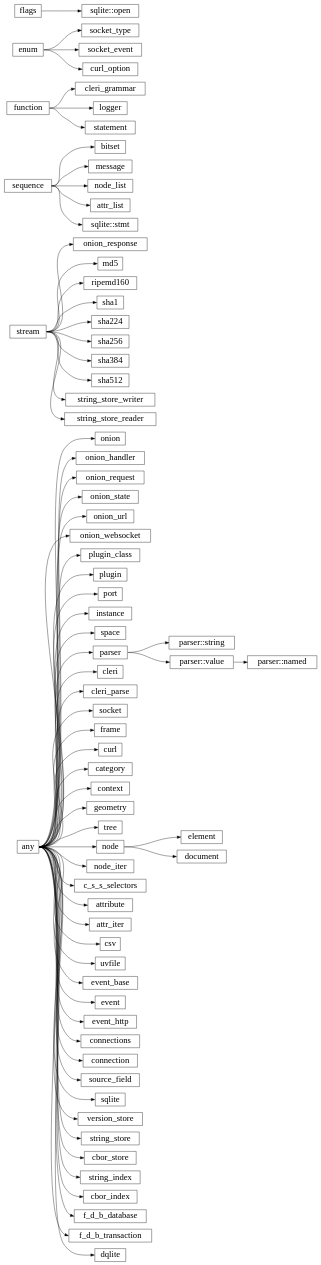
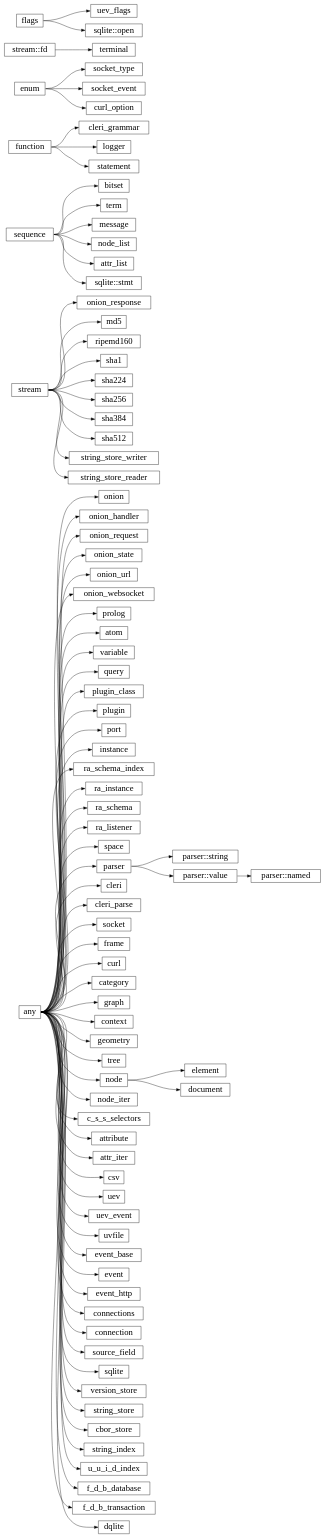
Before and after one commit to wrapl/minilang-libs: the diagram in docs/library/hierarchy.rst, drawn with Graphviz. The commit also changed 2 other files, not shown here.

```diff
--- a/docs/library/hierarchy.rst
+++ b/docs/library/hierarchy.rst
@@ -20,10 +20,19 @@
       "any":e -> "onion_url":w;
       "any":e -> "onion_websocket":w;
       "sequence":e -> "bitset":w;
+      "any":e -> "prolog":w;
+      "sequence":e -> "term":w;
+      "any":e -> "atom":w;
+      "any":e -> "variable":w;
+      "any":e -> "query":w;
       "any":e -> "plugin_class":w;
       "any":e -> "plugin":w;
       "any":e -> "port":w;
       "any":e -> "instance":w;
+      "any":e -> "ra_schema_index":w;
+      "any":e -> "ra_instance":w;
+      "any":e -> "ra_schema":w;
+      "any":e -> "ra_listener":w;
       "any":e -> "space":w;
       "any":e -> "parser":w;
       "parser":e -> "parser::string":w;
@@ -41,6 +50,8 @@
       "enum":e -> "curl_option":w;
       "function":e -> "logger":w;
       "any":e -> "category":w;
+      "stream::fd":e -> "terminal":w;
+      "any":e -> "graph":w;
       "any":e -> "context":w;
       "any":e -> "geometry":w;
       "any":e -> "tree":w;
@@ -54,6 +65,9 @@
       "any":e -> "attr_iter":w;
       "node":e -> "document":w;
       "any":e -> "csv":w;
+      "any":e -> "uev":w;
+      "flags":e -> "uev_flags":w;
+      "any":e -> "uev_event":w;
       "any":e -> "uvfile":w;
       "any":e -> "event_base":w;
       "any":e -> "event":w;
@@ -77,7 +91,7 @@
       "stream":e -> "string_store_reader":w;
       "any":e -> "cbor_store":w;
       "any":e -> "string_index":w;
-      "any":e -> "cbor_index":w;
+      "any":e -> "u_u_i_d_index":w;
       "any":e -> "connection":w;
       "function":e -> "statement":w;
       "any":e -> "f_d_b_database":w;
```
